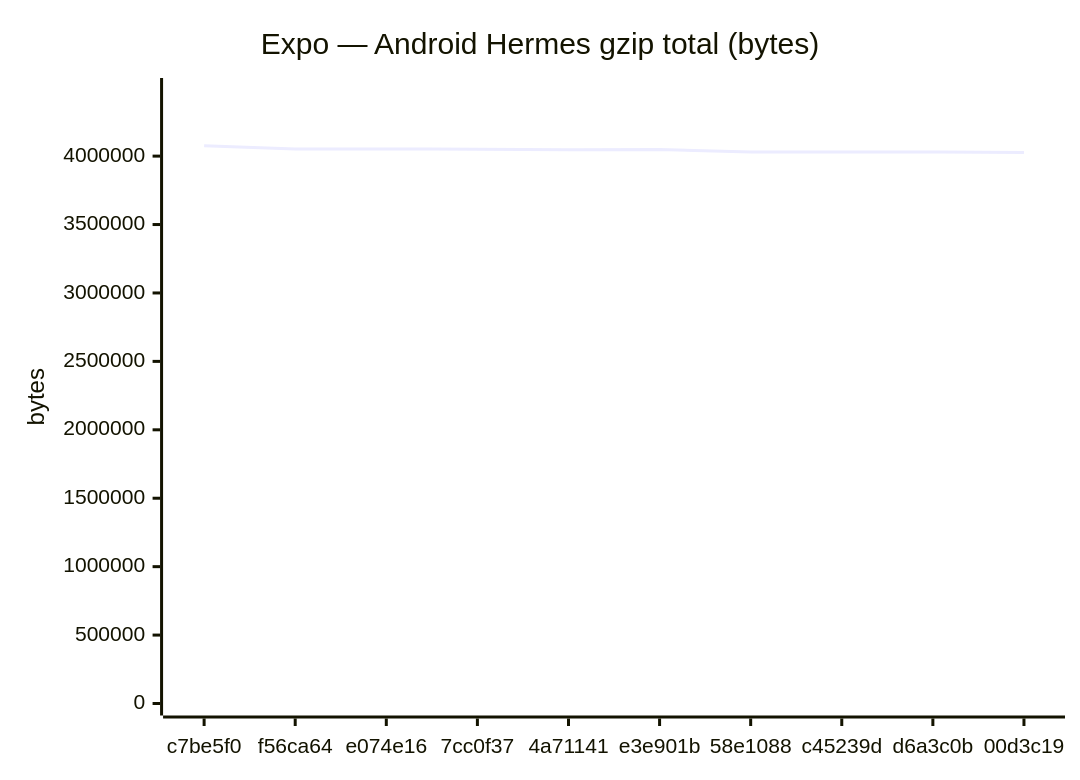
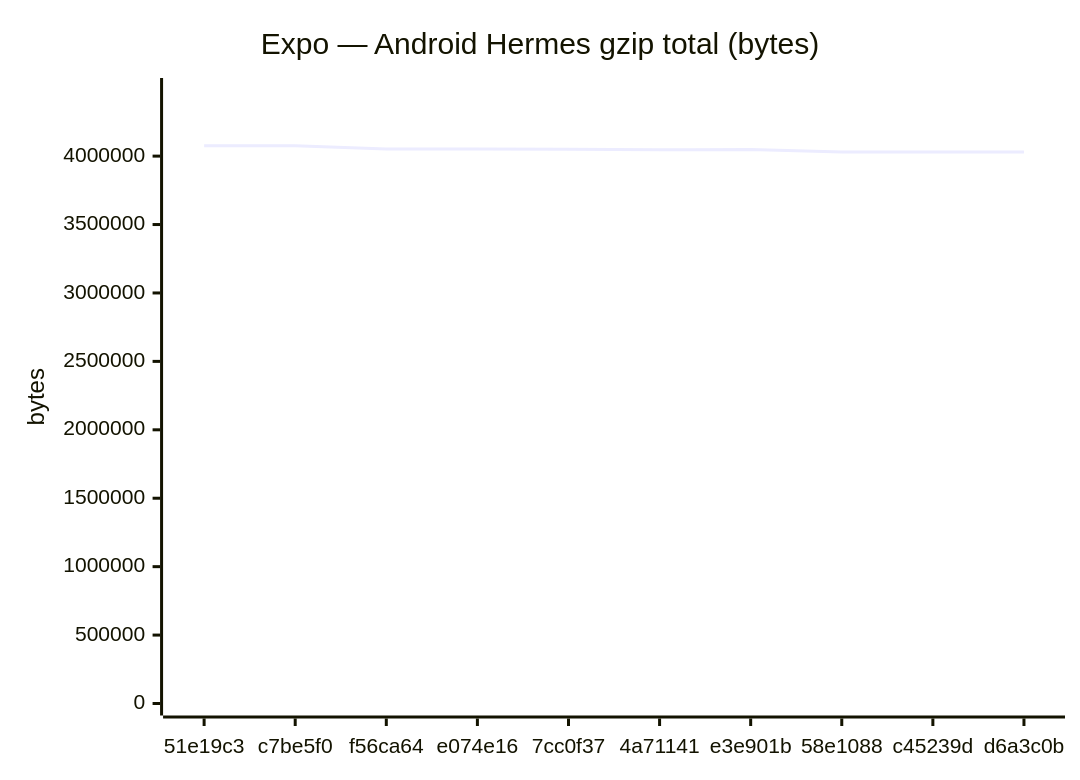
The fifth of 18 diagrams in benchmarks/compare.md (Metaheurist/Rianell), drawn with Mermaid before and after one commit. The commit also changed other lines of this file and 11 other files, not shown here.

````diff
--- a/benchmarks/compare.md
+++ b/benchmarks/compare.md
@@ -89,7 +89,7 @@
 ```mermaid
 xychart-beta
     title "Expo — Android Hermes gzip total (bytes)"
-    x-axis ["c7be5f0", "f56ca64", "e074e16", "7cc0f37", "4a71141", "e3e901b", "58e1088", "c45239d", "d6a3c0b", "00d3c19"]
-    y-axis "bytes" 0 --> 4483141
-    line [4075582, 4052821, 4052813, 4049448, 4046554, 4048091, 4030638, 4030634, 4030639, 4025609]
+    x-axis ["51e19c3", "c7be5f0", "f56ca64", "e074e16", "7cc0f37", "4a71141", "e3e901b", "58e1088", "c45239d", "d6a3c0b"]
+    y-axis "bytes" 0 --> 4483143
+    line [4075584, 4075582, 4052821, 4052813, 4049448, 4046554, 4048091, 4030638, 4030634, 4030639]
 ```
````
